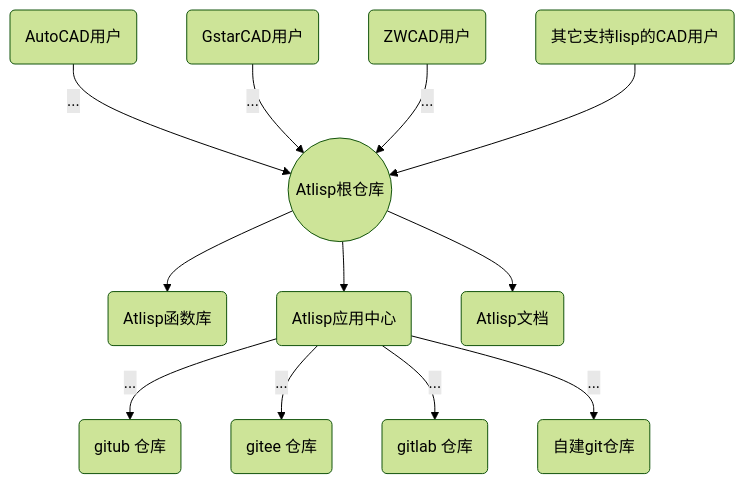
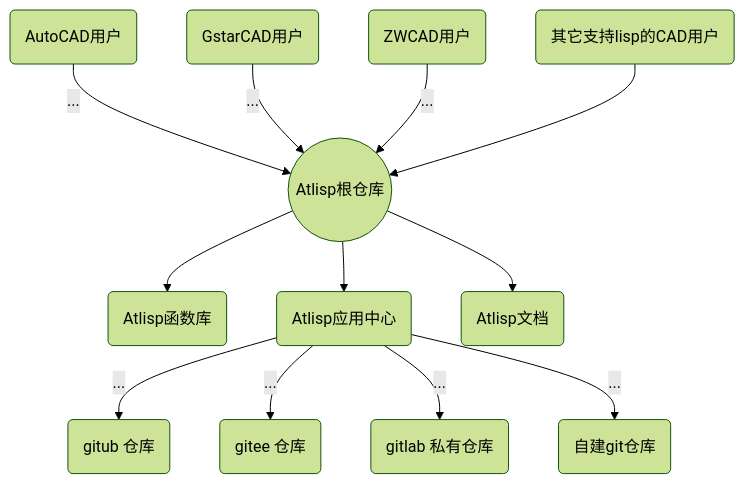
One commit to atlisp-org/atlisp changed the diagram in README.org. Above: the diagram before and after it, drawn with Mermaid (forest theme). The commit also changed 2 other files, not shown here.

```diff
--- a/README.org
+++ b/README.org
@@ -4,14 +4,14 @@
 #+BEGIN_SRC mermaid
   graph TD;
   O(AutoCAD用户)-->|...|A((Atlisp根仓库));
   P(GstarCAD用户) -->|...|A;
   Q(ZWCAD用户)-->|...|A;
   R(其它支持lisp的CAD用户)-->A;
   A--> B( Atlisp函数库);
   A--> C( Atlisp应用中心);
   A--> D( Atlisp文档);    
   C-->|...| H(gitub 仓库);
   C-->|...| E(gitee 仓库);
-  C-->|...| F(gitlab 仓库);
+  C-->|...| F(gitlab 私有仓库);
   C-->|...| G(自建git仓库);
 #+END_SRC
```
